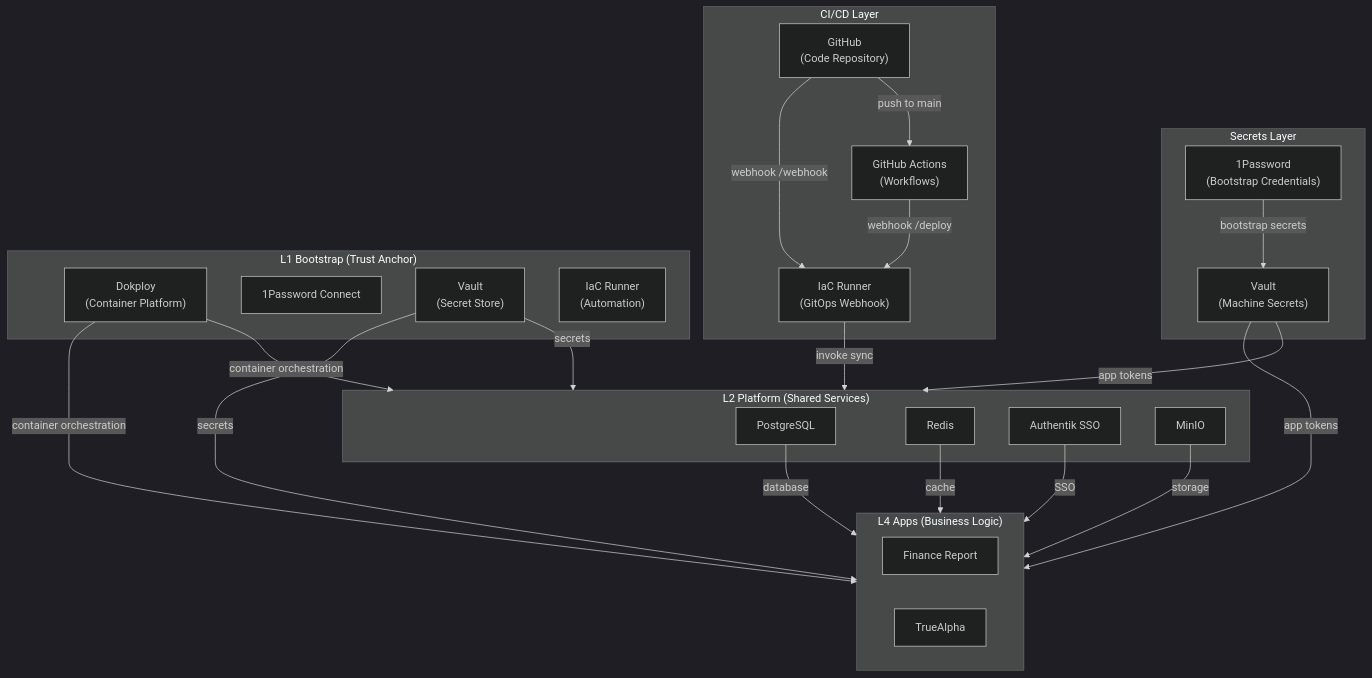
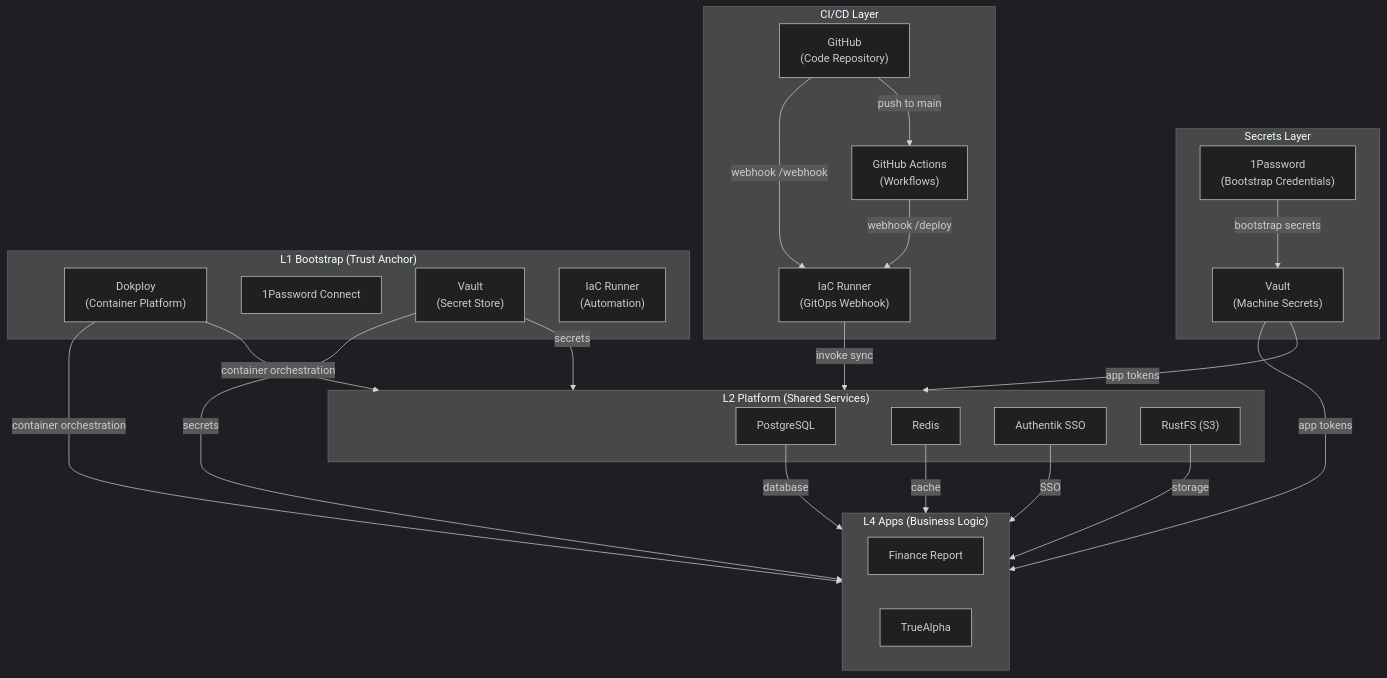
Before and after one commit to wangzitian0/infra2: the first of 2 diagrams in docs/ssot/core.md, drawn with Mermaid (dark theme). The commit also changed 4 other files, not shown here.

First line of the commit message:
docs(ssot): align platform storage engine references with RustFS (#943) (#944)

````diff
--- a/docs/ssot/core.md
+++ b/docs/ssot/core.md
@@ -37,55 +37,55 @@
 ```mermaid
 flowchart TB
     subgraph Secrets["Secrets Layer"]
         OP["1Password<br/>(Bootstrap Credentials)"]
         Vault["Vault<br/>(Machine Secrets)"]
     end
 
     subgraph CI["CI/CD Layer"]
         GitHub["GitHub<br/>(Code Repository)"]
         Actions["GitHub Actions<br/>(Workflows)"]
         IaCRunner["IaC Runner<br/>(GitOps Webhook)"]
     end
 
     subgraph Bootstrap["L1 Bootstrap (Trust Anchor)"]
         Dokploy["Dokploy<br/>(Container Platform)"]
         OP1["1Password Connect"]
         Vault1["Vault<br/>(Secret Store)"]
         IaC["IaC Runner<br/>(Automation)"]
     end
 
     subgraph Platform["L2 Platform (Shared Services)"]
         PG["PostgreSQL"]
         Redis["Redis"]
         Authentik["Authentik SSO"]
-        MinIO["MinIO"]
+        RustFS["RustFS (S3)"]
     end
 
     subgraph Apps["L4 Apps (Business Logic)"]
         FinanceReport["Finance Report"]
         TrueAlpha["TrueAlpha"]
     end
 
     %% Secrets flow
     OP -->|bootstrap secrets| Vault
     Vault -->|app tokens| Platform
     Vault -->|app tokens| Apps
 
     %% CI/CD flow
     GitHub -->|push to main| Actions
     Actions -->|webhook /deploy| IaCRunner
     GitHub -->|webhook /webhook| IaCRunner
     IaCRunner -->|invoke sync| Platform
 
     %% Bootstrap provides
     Dokploy -->|container orchestration| Platform
     Dokploy -->|container orchestration| Apps
     Vault1 -->|secrets| Platform
     Vault1 -->|secrets| Apps
 
     %% Platform provides
     PG -->|database| Apps
     Redis -->|cache| Apps
     Authentik -->|SSO| Apps
-    MinIO -->|storage| Apps
+    RustFS -->|storage| Apps
 ```
````
